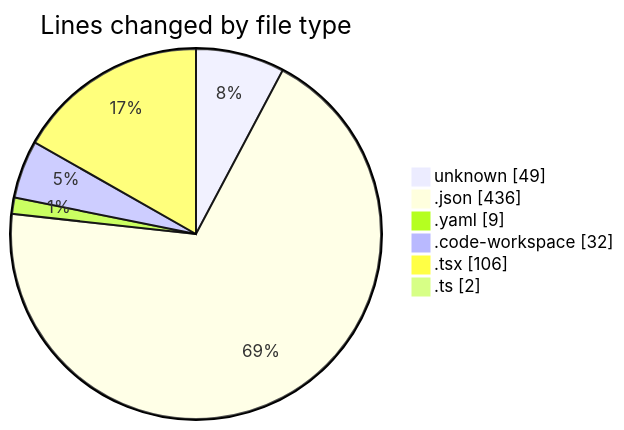
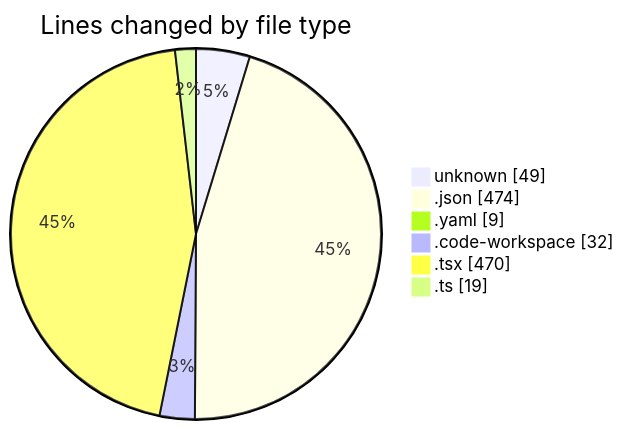
Before and after one commit to jadenblack/code-tracking: the first of 2 diagrams in 2026-03-04/shadcn-admin-kit-main__workspace_/README.md, drawn with Mermaid. The commit also changed other lines of this file and 1 other file, not shown here.

````diff
--- a/2026-03-04/shadcn-admin-kit-main__workspace_/README.md
+++ b/2026-03-04/shadcn-admin-kit-main__workspace_/README.md
@@ -33,10 +36,10 @@
 ```mermaid
 pie showData
 title Lines changed by file type
 "unknown" : 49
-".json" : 436
+".json" : 474
 ".yaml" : 9
 ".code-workspace" : 32
-".tsx" : 106
-".ts" : 2
+".tsx" : 470
+".ts" : 19
 ```
````
